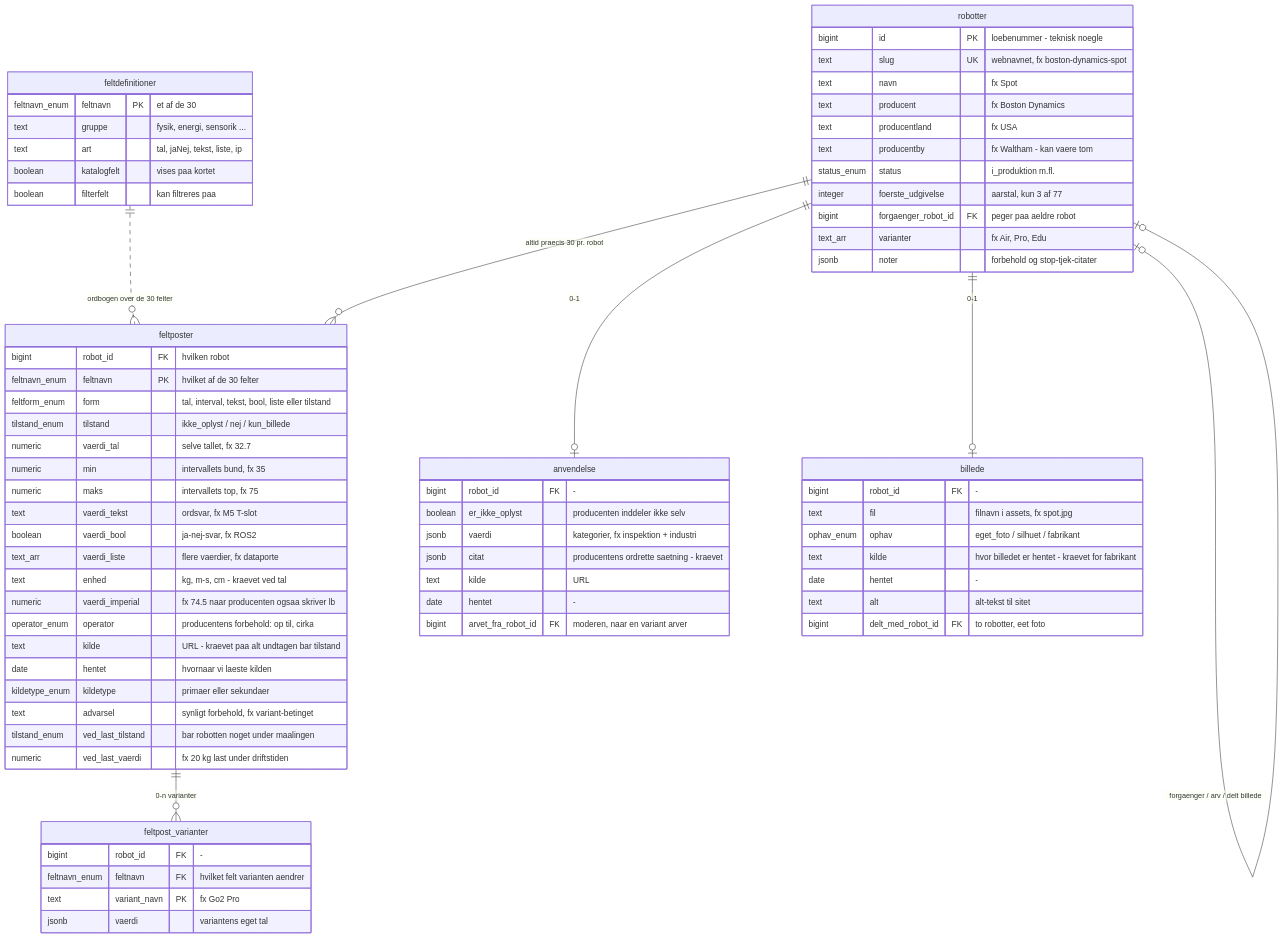
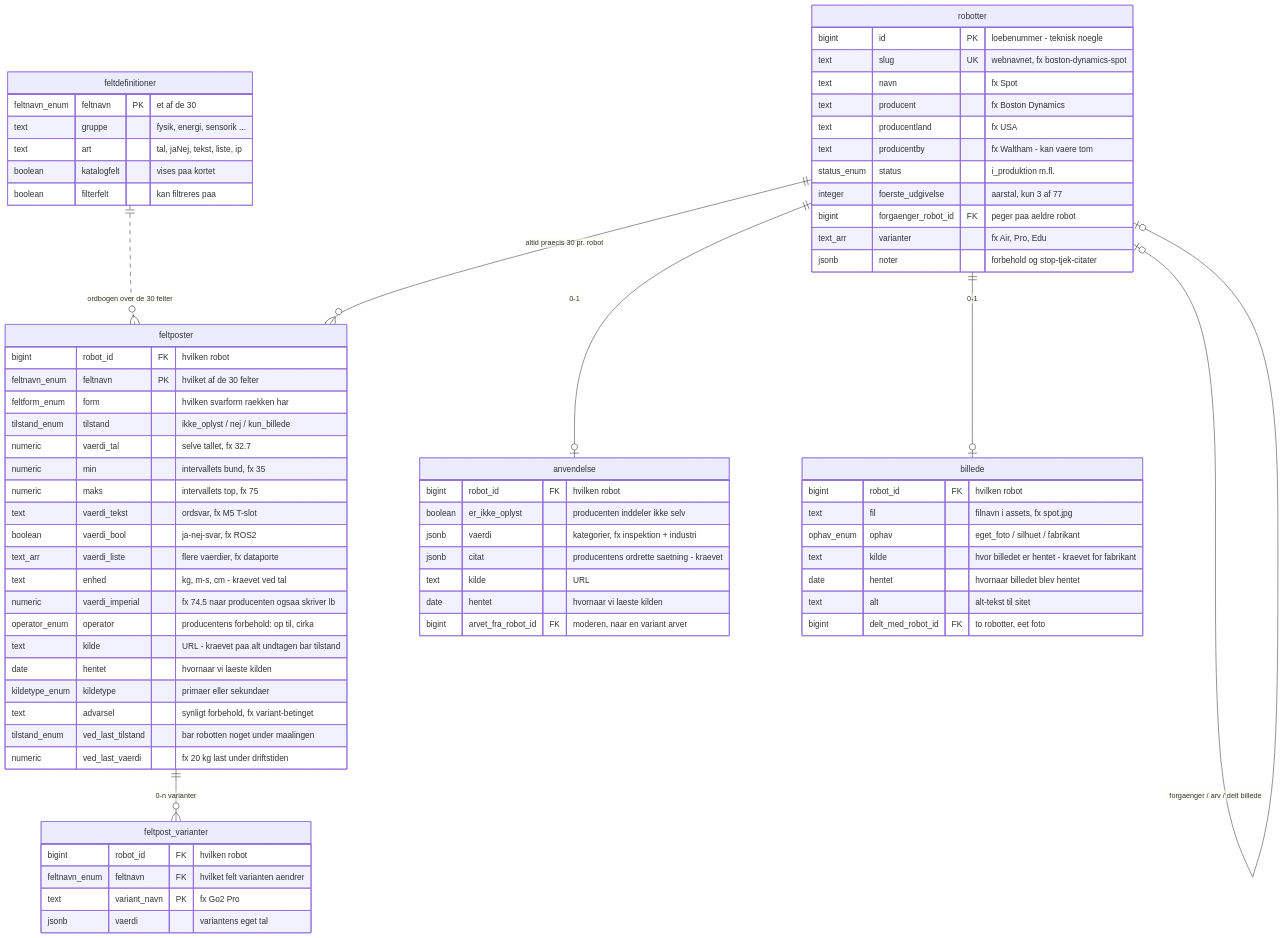
The first of 2 diagrams in db/DIAGRAM.md (Thygeb/QuadrupedCatalog), drawn with Mermaid before and after one commit. The commit also changed other lines of this file, not shown here.

Commit message:
db/DIAGRAM.md: ryddet op - alle syv enums med samtlige vaerdier, inkl. de 30 feltnavne grupperet

````diff
--- a/db/DIAGRAM.md
+++ b/db/DIAGRAM.md
@@ -19,75 +23,75 @@
 ```mermaid
 erDiagram
   robotter ||--o{ feltposter : "altid praecis 30 pr. robot"
   feltposter ||--o{ feltpost_varianter : "0-n varianter"
   robotter ||--o| anvendelse : "0-1"
   robotter ||--o| billede : "0-1"
   robotter |o--o| robotter : "forgaenger / arv / delt billede"
   feltdefinitioner ||..o{ feltposter : "ordbogen over de 30 felter"
 
   robotter {
     bigint id PK "loebenummer - teknisk noegle"
     text slug UK "webnavnet, fx boston-dynamics-spot"
     text navn "fx Spot"
     text producent "fx Boston Dynamics"
     text producentland "fx USA"
     text producentby "fx Waltham - kan vaere tom"
     status_enum status "i_produktion m.fl."
     integer foerste_udgivelse "aarstal, kun 3 af 77"
     bigint forgaenger_robot_id FK "peger paa aeldre robot"
     text_arr varianter "fx Air, Pro, Edu"
     jsonb noter "forbehold og stop-tjek-citater"
   }
   feltposter {
     bigint robot_id FK "hvilken robot"
     feltnavn_enum feltnavn PK "hvilket af de 30 felter"
-    feltform_enum form "tal, interval, tekst, bool, liste eller tilstand"
+    feltform_enum form "hvilken svarform raekken har"
     tilstand_enum tilstand "ikke_oplyst / nej / kun_billede"
     numeric vaerdi_tal "selve tallet, fx 32.7"
     numeric min "intervallets bund, fx 35"
     numeric maks "intervallets top, fx 75"
     text vaerdi_tekst "ordsvar, fx M5 T-slot"
     boolean vaerdi_bool "ja-nej-svar, fx ROS2"
     text_arr vaerdi_liste "flere vaerdier, fx dataporte"
     text enhed "kg, m-s, cm - kraevet ved tal"
     numeric vaerdi_imperial "fx 74.5 naar producenten ogsaa skriver lb"
     operator_enum operator "producentens forbehold: op til, cirka"
     text kilde "URL - kraevet paa alt undtagen bar tilstand"
     date hentet "hvornaar vi laeste kilden"
     kildetype_enum kildetype "primaer eller sekundaer"
     text advarsel "synligt forbehold, fx variant-betinget"
     tilstand_enum ved_last_tilstand "bar robotten noget under maalingen"
     numeric ved_last_vaerdi "fx 20 kg last under driftstiden"
   }
   feltpost_varianter {
-    bigint robot_id FK "-"
+    bigint robot_id FK "hvilken robot"
     feltnavn_enum feltnavn FK "hvilket felt varianten aendrer"
     text variant_navn PK "fx Go2 Pro"
     jsonb vaerdi "variantens eget tal"
   }
   anvendelse {
-    bigint robot_id FK "-"
+    bigint robot_id FK "hvilken robot"
     boolean er_ikke_oplyst "producenten inddeler ikke selv"
     jsonb vaerdi "kategorier, fx inspektion + industri"
     jsonb citat "producentens ordrette saetning - kraevet"
     text kilde "URL"
-    date hentet "-"
+    date hentet "hvornaar vi laeste kilden"
     bigint arvet_fra_robot_id FK "moderen, naar en variant arver"
   }
   billede {
-    bigint robot_id FK "-"
+    bigint robot_id FK "hvilken robot"
     text fil "filnavn i assets, fx spot.jpg"
     ophav_enum ophav "eget_foto / silhuet / fabrikant"
     text kilde "hvor billedet er hentet - kraevet for fabrikant"
-    date hentet "-"
+    date hentet "hvornaar billedet blev hentet"
     text alt "alt-tekst til sitet"
     bigint delt_med_robot_id FK "to robotter, eet foto"
   }
   feltdefinitioner {
     feltnavn_enum feltnavn PK "et af de 30"
     text gruppe "fysik, energi, sensorik ..."
     text art "tal, jaNej, tekst, liste, ip"
     boolean katalogfelt "vises paa kortet"
     boolean filterfelt "kan filtreres paa"
   }
 ```
````
